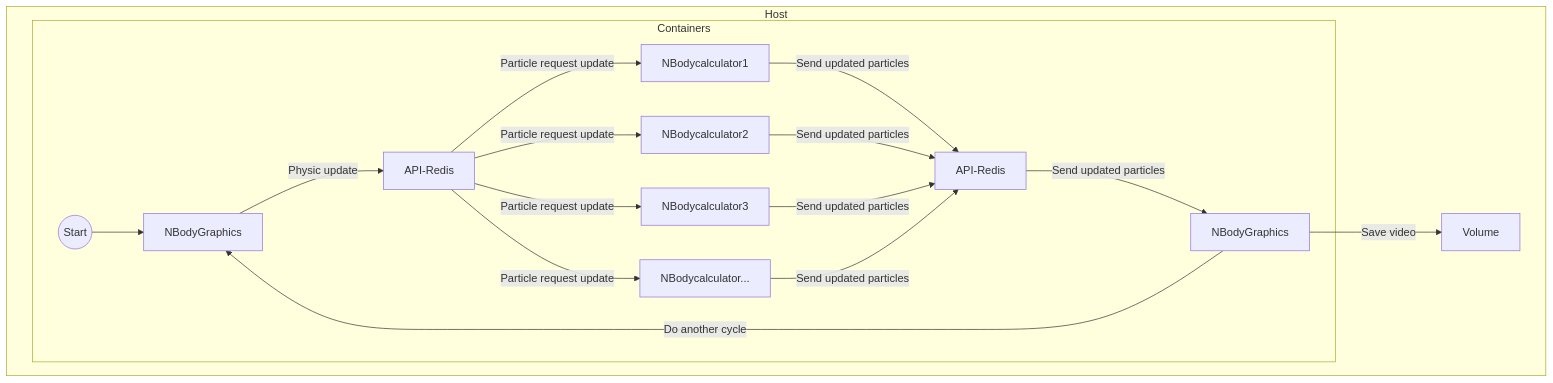
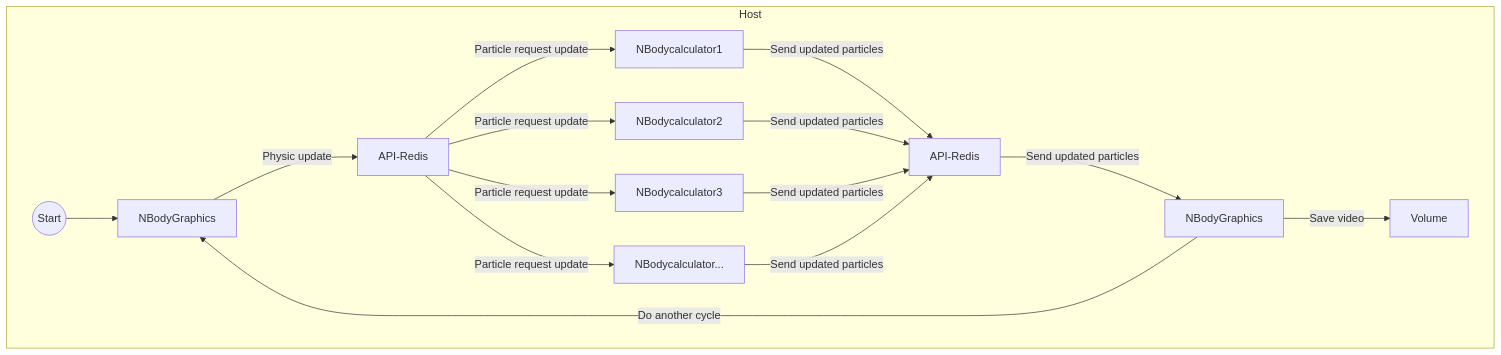
Before and after one commit to Im-Rises/nbody-simulator-docker: the second of 2 diagrams in README.md, drawn with Mermaid.

````diff
--- a/README.md
+++ b/README.md
@@ -68,26 +68,24 @@
 ```mermaid
 graph TB
     subgraph Host
     
-    subgraph Containers
     A((Start))
     B[NBodyGraphics]
     C[API-Redis]
     D[NBodycalculator1]
     E[NBodycalculator2]
     F[NBodycalculator3]
     G[NBodycalculator...]
     H[API-Redis]
     I[NBodyGraphics]
+    J[Volume]
+    
     A --> B
     B --> | Physic update | C
     C --> | Particle request update | D & E & F & G
     D & E & F & G --> | Send updated particles | H
     H --> | Send updated particles | I
     I --> | Do another cycle | B
-    end
-    
-    J[Volume]
     I --> | Save video | J
     end
 ```
````
